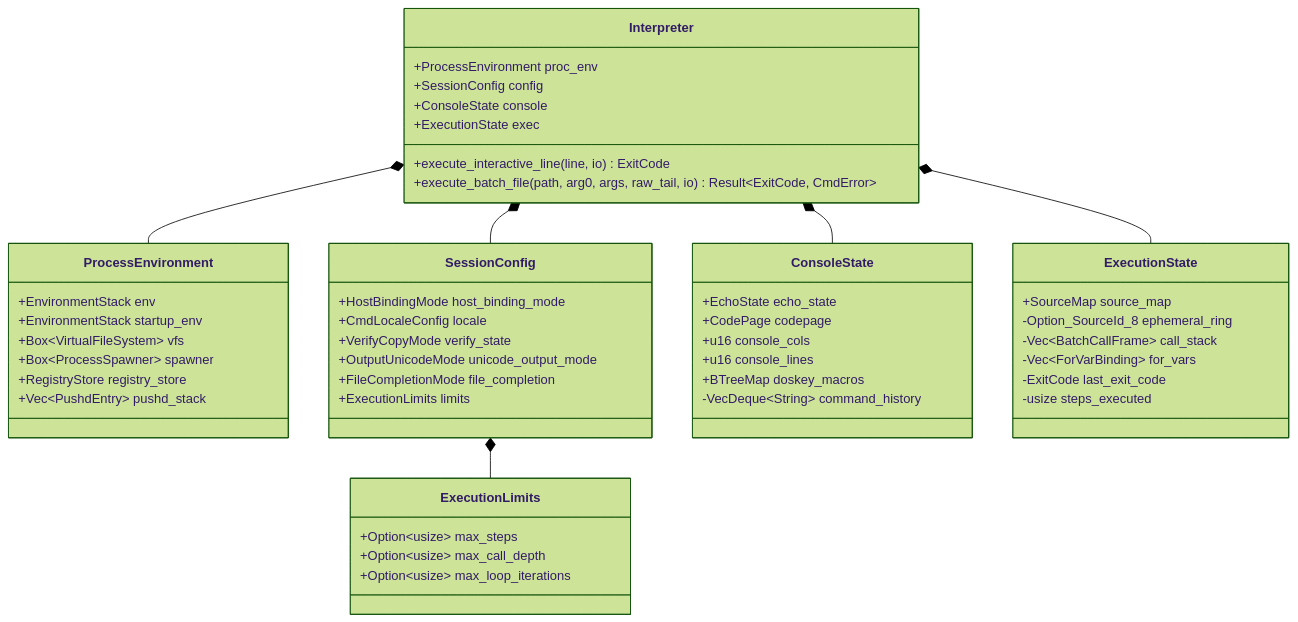
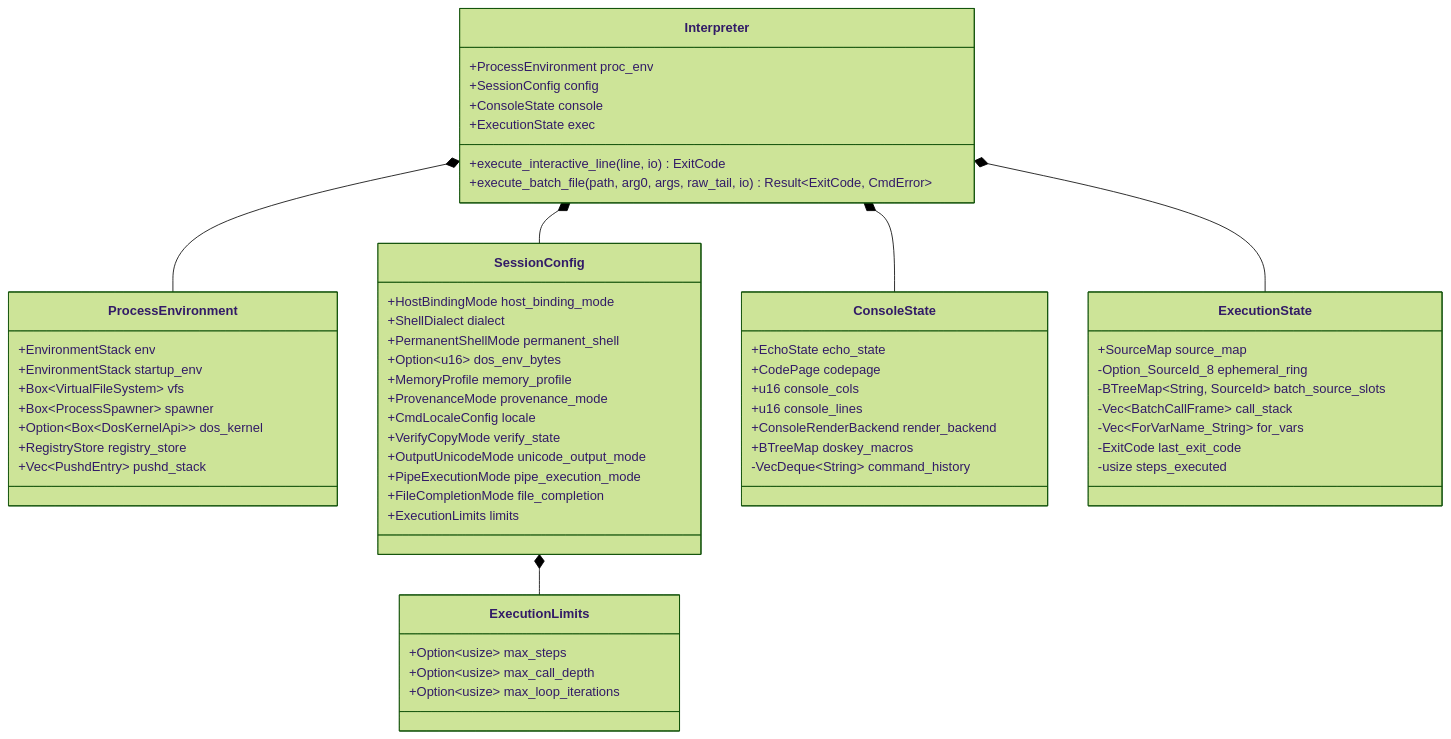
Before and after one commit to SamuelMarks/win-cmd-rs: the eighth of 15 diagrams in ARCHITECTURE.md, drawn with Mermaid (forest theme). The commit also changed other lines of this file and 6 other files, not shown here.

````diff
--- a/ARCHITECTURE.md
+++ b/ARCHITECTURE.md
@@ -353,54 +354,63 @@
 ```mermaid
 classDiagram
     class Interpreter {
         +ProcessEnvironment proc_env
         +SessionConfig config
         +ConsoleState console
         +ExecutionState exec
         +execute_interactive_line(line, io) ExitCode
         +execute_batch_file(path, arg0, args, raw_tail, io) Result~ExitCode, CmdError~
     }
     class ProcessEnvironment {
         +EnvironmentStack env
         +EnvironmentStack startup_env
         +Box~VirtualFileSystem~ vfs
         +Box~ProcessSpawner~ spawner
+        +Option~Box~DosKernelApi~~ dos_kernel
         +RegistryStore registry_store
         +Vec~PushdEntry~ pushd_stack
     }
     class SessionConfig {
         +HostBindingMode host_binding_mode
+        +ShellDialect dialect
+        +PermanentShellMode permanent_shell
+        +Option~u16~ dos_env_bytes
+        +MemoryProfile memory_profile
+        +ProvenanceMode provenance_mode
         +CmdLocaleConfig locale
         +VerifyCopyMode verify_state
         +OutputUnicodeMode unicode_output_mode
+        +PipeExecutionMode pipe_execution_mode
         +FileCompletionMode file_completion
         +ExecutionLimits limits
     }
     class ConsoleState {
         +EchoState echo_state
         +CodePage codepage
         +u16 console_cols
         +u16 console_lines
+        +ConsoleRenderBackend render_backend
         +BTreeMap doskey_macros
         -VecDeque~String~ command_history
     }
     class ExecutionState {
         +SourceMap source_map
         -Option_SourceId_8 ephemeral_ring
+        -BTreeMap~String, SourceId~ batch_source_slots
         -Vec~BatchCallFrame~ call_stack
-        -Vec~ForVarBinding~ for_vars
+        -Vec~ForVarName_String~ for_vars
         -ExitCode last_exit_code
         -usize steps_executed
     }
     class ExecutionLimits {
         +Option~usize~ max_steps
         +Option~usize~ max_call_depth
         +Option~usize~ max_loop_iterations
     }
 
     Interpreter *-- ProcessEnvironment
     Interpreter *-- SessionConfig
     Interpreter *-- ConsoleState
     Interpreter *-- ExecutionState
     SessionConfig *-- ExecutionLimits
 ```
````
